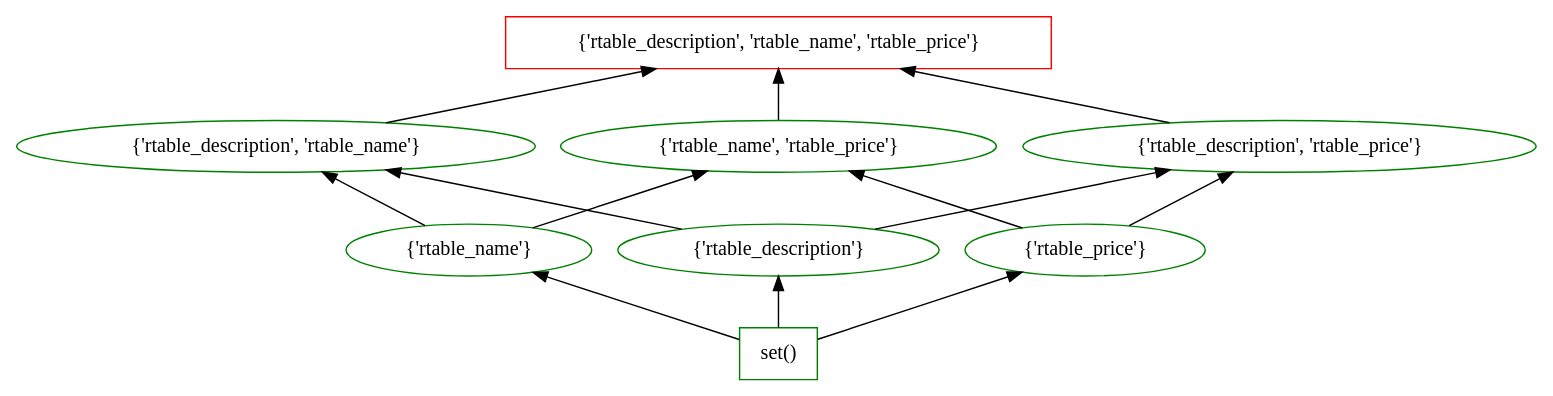
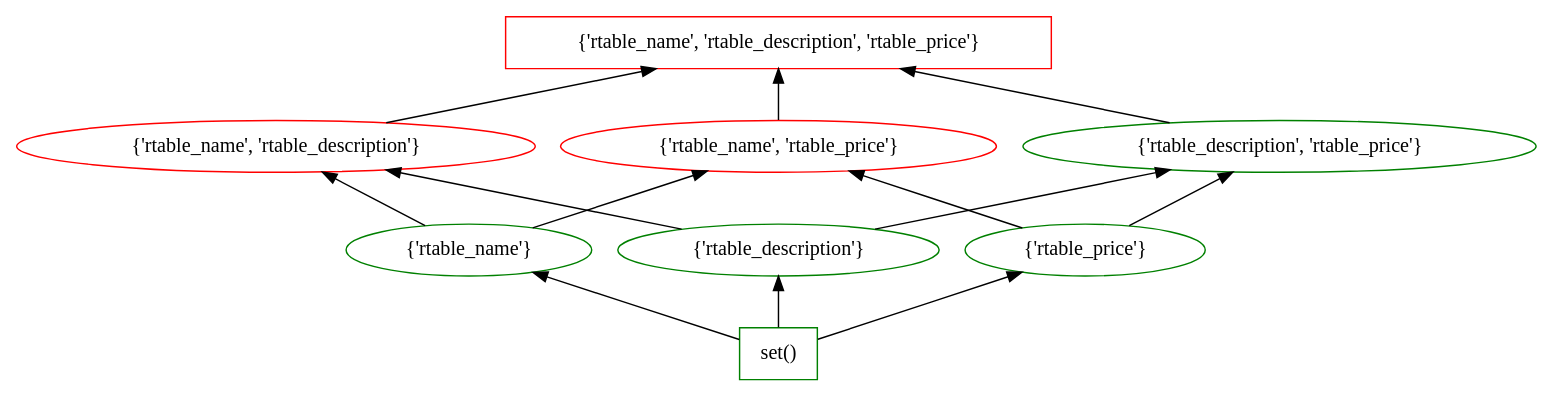
Before and after one commit to tteofili/certem: the diagram in data_new/AB/Ditto/1/lattice_9.dot, drawn with Graphviz. The commit also changed 1253 other files, not shown here.

```diff
--- a/data_new/AB/Ditto/1/lattice_9.dot
+++ b/data_new/AB/Ditto/1/lattice_9.dot
@@ -1,26 +1,26 @@
 digraph G {
 splines="line"
 rankdir=BT
-"{'rtable_description', 'rtable_name', 'rtable_price'}" [shape=box];
+"{'rtable_name', 'rtable_description', 'rtable_price'}" [shape=box];
 "set()" [shape=box];
 "set()" [color=green];
 "set()" -> "{'rtable_name'}";
 "set()" -> "{'rtable_description'}";
 "set()" -> "{'rtable_price'}";
 "{'rtable_name'}" [color=green];
-"{'rtable_name'}" -> "{'rtable_description', 'rtable_name'}";
+"{'rtable_name'}" -> "{'rtable_name', 'rtable_description'}";
 "{'rtable_name'}" -> "{'rtable_name', 'rtable_price'}";
 "{'rtable_description'}" [color=green];
-"{'rtable_description'}" -> "{'rtable_description', 'rtable_name'}";
+"{'rtable_description'}" -> "{'rtable_name', 'rtable_description'}";
 "{'rtable_description'}" -> "{'rtable_description', 'rtable_price'}";
 "{'rtable_price'}" [color=green];
 "{'rtable_price'}" -> "{'rtable_name', 'rtable_price'}";
 "{'rtable_price'}" -> "{'rtable_description', 'rtable_price'}";
-"{'rtable_description', 'rtable_name'}" [color=green];
-"{'rtable_description', 'rtable_name'}" -> "{'rtable_description', 'rtable_name', 'rtable_price'}";
-"{'rtable_name', 'rtable_price'}" [color=green];
-"{'rtable_name', 'rtable_price'}" -> "{'rtable_description', 'rtable_name', 'rtable_price'}";
+"{'rtable_name', 'rtable_description'}" [color=red];
+"{'rtable_name', 'rtable_description'}" -> "{'rtable_name', 'rtable_description', 'rtable_price'}";
+"{'rtable_name', 'rtable_price'}" [color=red];
+"{'rtable_name', 'rtable_price'}" -> "{'rtable_name', 'rtable_description', 'rtable_price'}";
 "{'rtable_description', 'rtable_price'}" [color=green];
-"{'rtable_description', 'rtable_price'}" -> "{'rtable_description', 'rtable_name', 'rtable_price'}";
-"{'rtable_description', 'rtable_name', 'rtable_price'}" [color=red];
+"{'rtable_description', 'rtable_price'}" -> "{'rtable_name', 'rtable_description', 'rtable_price'}";
+"{'rtable_name', 'rtable_description', 'rtable_price'}" [color=red];
 }
```
